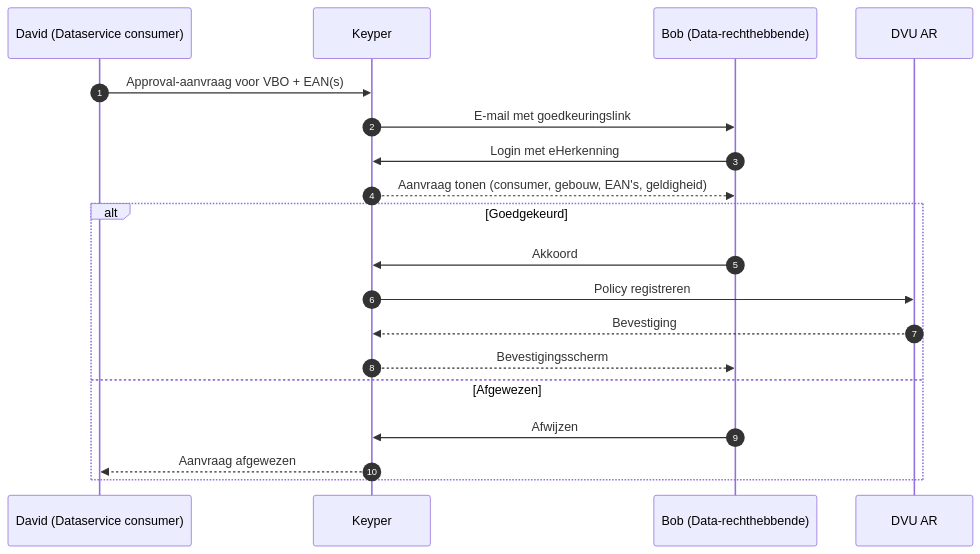
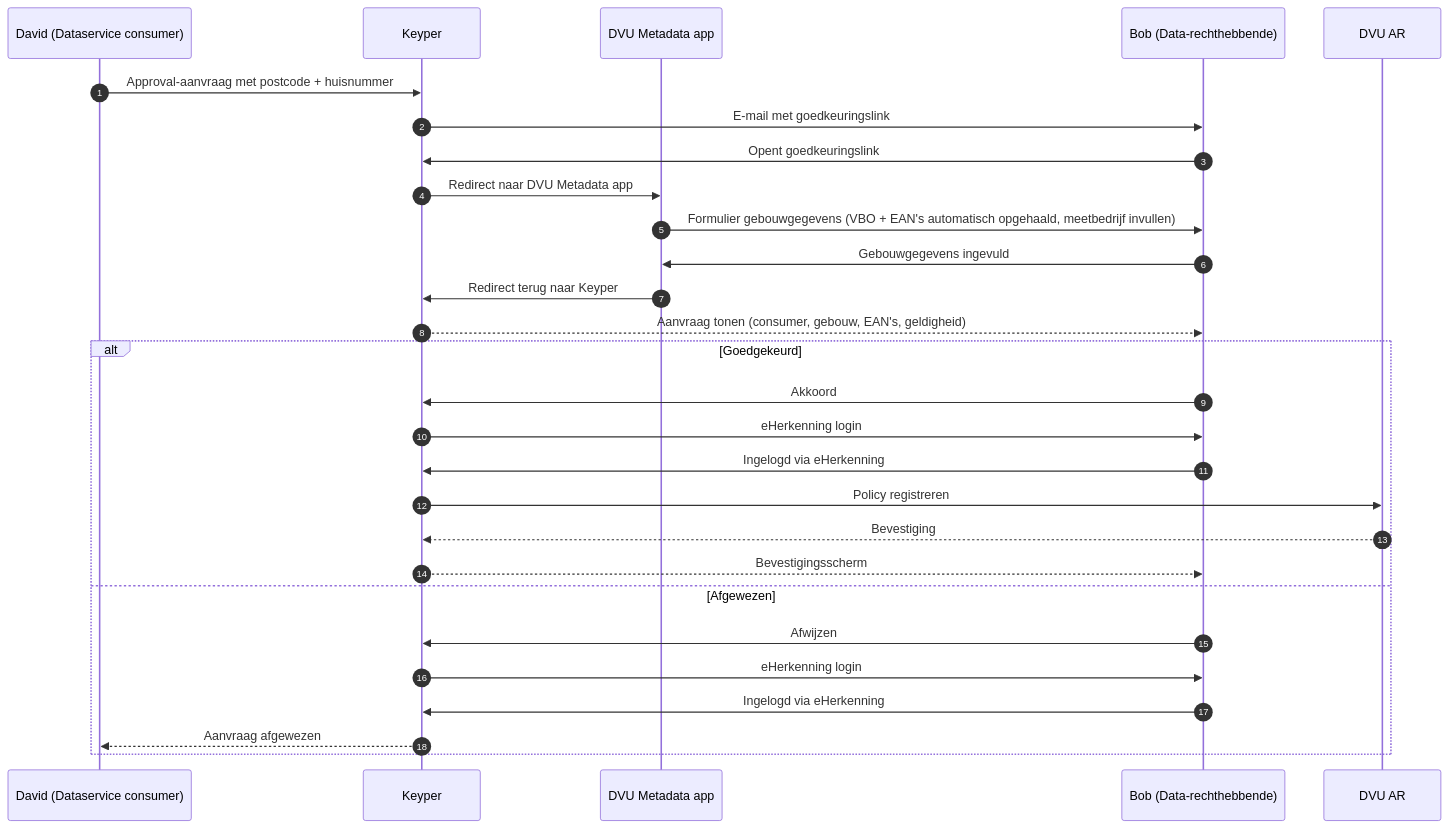
The diagram in dvu-draft/aansluiten-data-rechthebbende.md (POORT8/Poort8.Docs), drawn with Mermaid before and after one commit. The commit also changed other lines of this file and 3 other files, not shown here.

````diff
--- a/dvu-draft/aansluiten-data-rechthebbende.md
+++ b/dvu-draft/aansluiten-data-rechthebbende.md
@@ -31,22 +34,31 @@
 ```mermaid
 sequenceDiagram
     autonumber
     participant David as David (Dataservice consumer)
     participant Keyper as Keyper
+    participant Meta as DVU Metadata app
     participant Bob as Bob (Data-rechthebbende)
     participant DVU as DVU AR
 
-    David->>Keyper: Approval-aanvraag voor VBO + EAN(s)
+    David->>Keyper: Approval-aanvraag met postcode + huisnummer
     Keyper->>Bob: E-mail met goedkeuringslink
-    Bob->>Keyper: Login met eHerkenning
+    Bob->>Keyper: Opent goedkeuringslink
+    Keyper->>Meta: Redirect naar DVU Metadata app
+    Meta->>Bob: Formulier gebouwgegevens (VBO + EAN's automatisch opgehaald, meetbedrijf invullen)
+    Bob->>Meta: Gebouwgegevens ingevuld
+    Meta->>Keyper: Redirect terug naar Keyper
     Keyper-->>Bob: Aanvraag tonen (consumer, gebouw, EAN's, geldigheid)
     alt Goedgekeurd
         Bob->>Keyper: Akkoord
+        Keyper->>Bob: eHerkenning login
+        Bob->>Keyper: Ingelogd via eHerkenning
         Keyper->>DVU: Policy registreren
         DVU-->>Keyper: Bevestiging
         Keyper-->>Bob: Bevestigingsscherm
     else Afgewezen
         Bob->>Keyper: Afwijzen
+        Keyper->>Bob: eHerkenning login
+        Bob->>Keyper: Ingelogd via eHerkenning
         Keyper-->>David: Aanvraag afgewezen
     end
 ```
````
